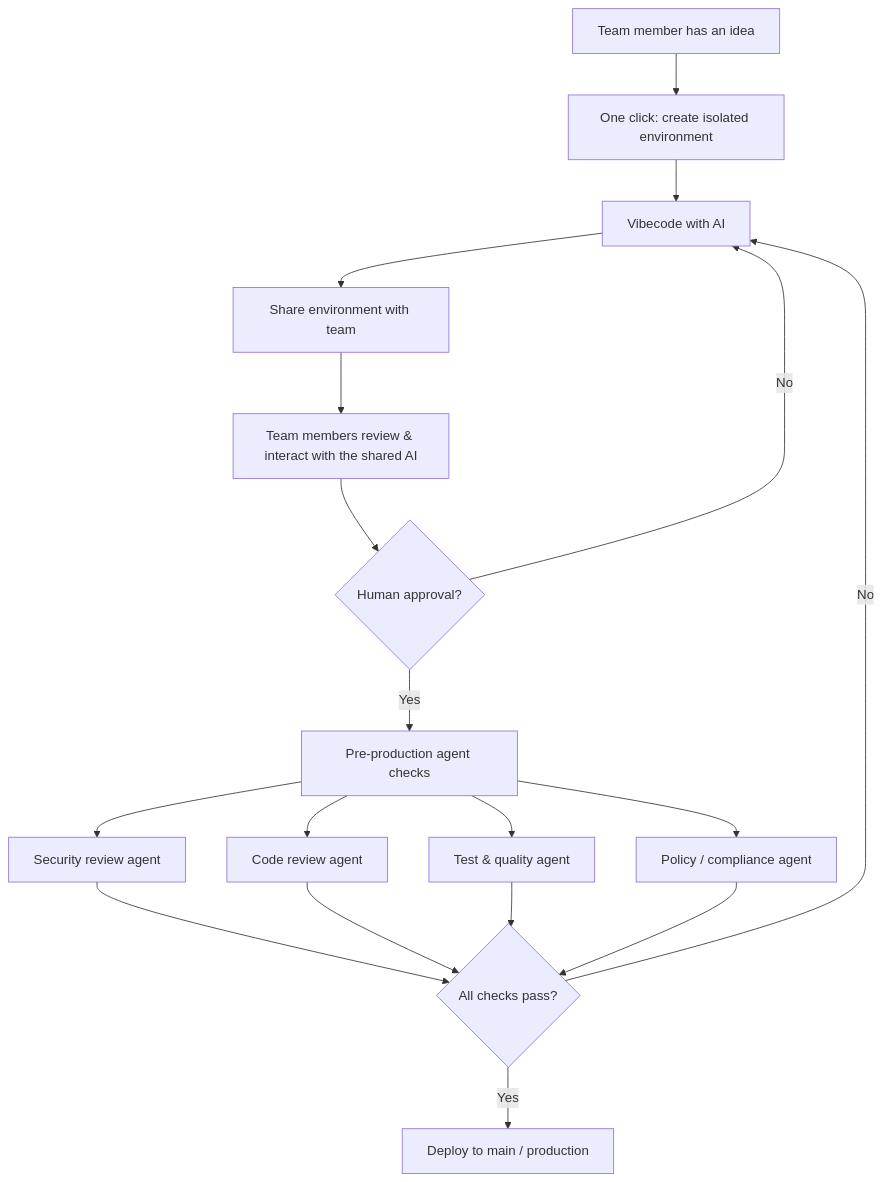
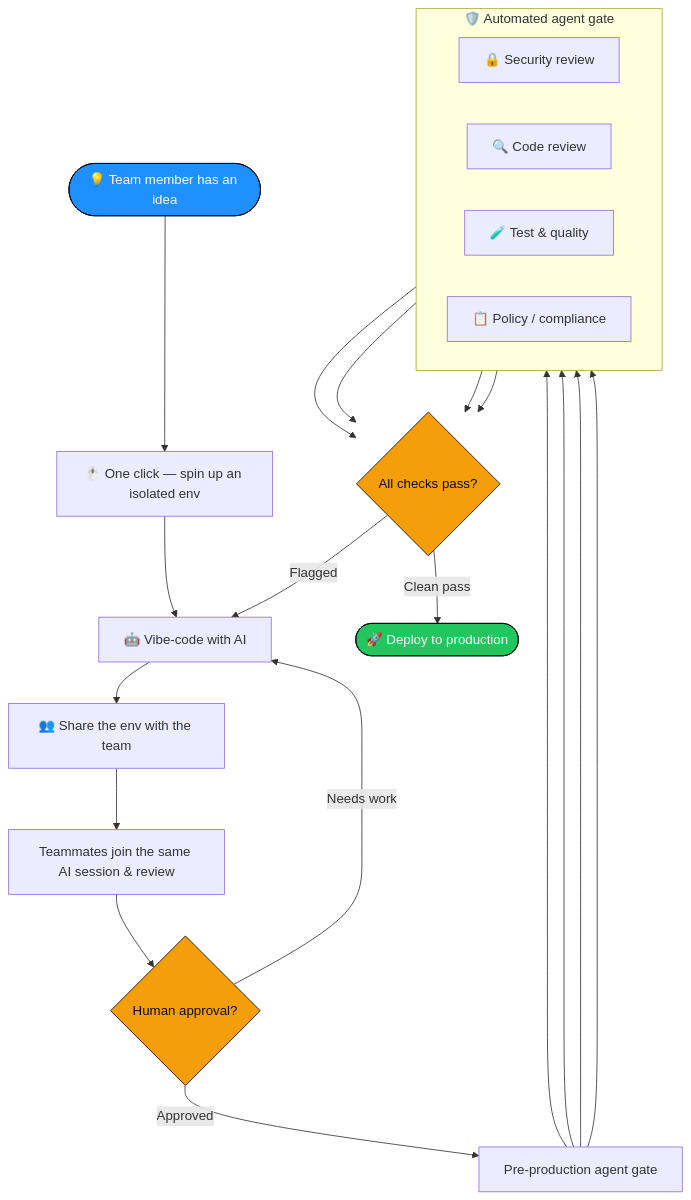
Before and after one commit to withvibe/withvibe: the diagram in README.md, drawn with Mermaid. The commit also changed other lines of this file, not shown here.

Commit message:
feat: enhance flowchart in README with improved visuals and clarity

````diff
--- a/README.md
+++ b/README.md
@@ -32,23 +32,31 @@
 ```mermaid
 flowchart TD
-    A[Team member has an idea] --> B[One click: create isolated environment]
-    B --> C[Vibecode with AI]
-    C --> D[Share environment with team]
-    D --> E[Team members review & interact with the shared AI]
+    A([💡 Team member has an idea]) --> B[🖱️ One click — spin up an isolated env]
+    B --> C[🤖 Vibe-code with AI]
+    C --> D[👥 Share the env with the team]
+    D --> E[Teammates join the same AI session & review]
     E --> F{Human approval?}
-    F -->|No| C
-    F -->|Yes| G[Pre-production agent checks]
+    F -->|Needs work| C
+    F -->|Approved| G[Pre-production agent gate]
 
-    G --> H[Security review agent]
-    G --> I[Code review agent]
-    G --> J[Test & quality agent]
-    G --> K[Policy / compliance agent]
+    subgraph GATE [🛡️ Automated agent gate]
+        direction LR
+        H[🔒 Security review]
+        I[🔍 Code review]
+        J[🧪 Test & quality]
+        K[📋 Policy / compliance]
+    end
 
-    H --> L{All checks pass?}
-    I --> L
-    J --> L
-    K --> L
+    G --> H & I & J & K
+    H & I & J & K --> L{All checks pass?}
 
-    L -->|No| C
-    L -->|Yes| M[Deploy to main / production]
+    L -->|Flagged| C
+    L -->|Clean pass| M([🚀 Deploy to production])
+
+    classDef start fill:#1e90ff,stroke:#0a0a0a,color:#ffffff;
+    classDef ship fill:#22c55e,stroke:#0a0a0a,color:#ffffff;
+    classDef decision fill:#f59e0b,stroke:#0a0a0a,color:#0a0a0a;
+    class A start;
+    class M ship;
+    class F,L decision;
 ```
````
